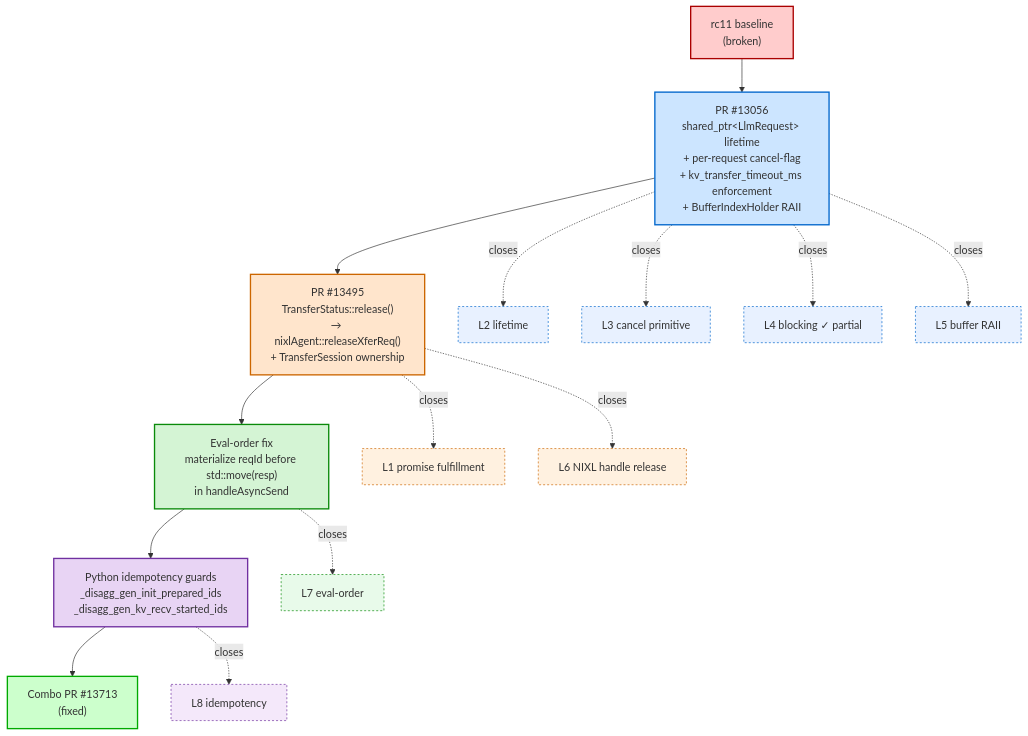
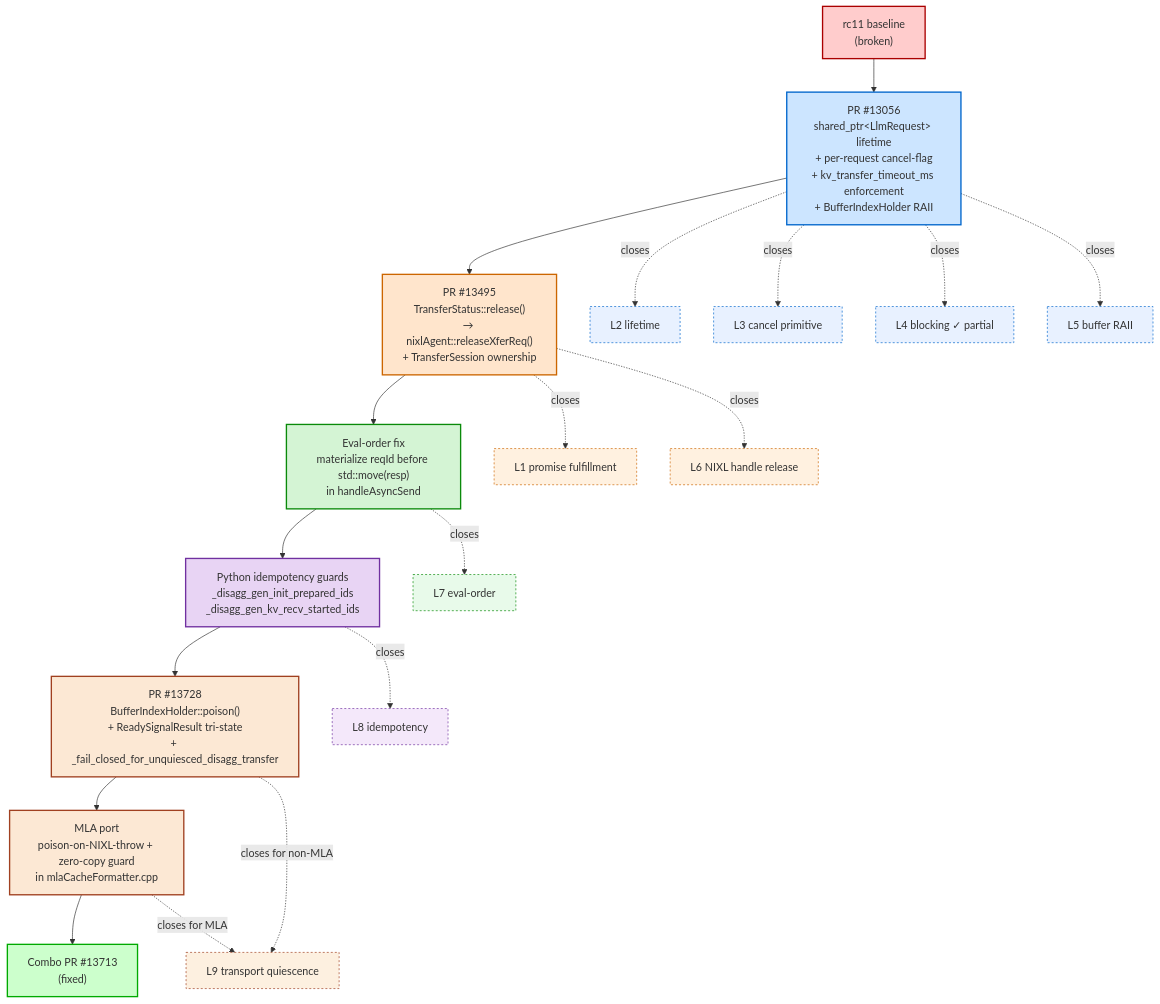
One commit to chienchunhung/TensorRT-LLM changed the second of 3 diagrams in docs/investigations/nvbug-6104831-disagg-permanent-wedge/00-tldr.md. Above: the diagram before and after it, drawn with Mermaid. The commit also changed other lines of this file and 5 other files, not shown here.

First line of the commit message:
[https://nvbugs/6104831][docs] Record PR #13728 fold-in, MLA port, and L9 invariant

````diff
--- a/docs/investigations/nvbug-6104831-disagg-permanent-wedge/00-tldr.md
+++ b/docs/investigations/nvbug-6104831-disagg-permanent-wedge/00-tldr.md
@@ -124,42 +134,52 @@
 ```mermaid
 graph TB
     rc11["rc11 baseline<br/>(broken)"]
 
     pr13056["PR #13056<br/>shared_ptr&lt;LlmRequest&gt; lifetime<br/>+ per-request cancel-flag<br/>+ kv_transfer_timeout_ms enforcement<br/>+ BufferIndexHolder RAII"]
     pr13495["PR #13495<br/>TransferStatus::release()<br/>→ nixlAgent::releaseXferReq()<br/>+ TransferSession ownership"]
     evalfix["Eval-order fix<br/>materialize reqId before std::move(resp)<br/>in handleAsyncSend"]
     pyguards["Python idempotency guards<br/>_disagg_gen_init_prepared_ids<br/>_disagg_gen_kv_recv_started_ids"]
+    pr13728["PR #13728<br/>BufferIndexHolder::poison()<br/>+ ReadySignalResult tri-state<br/>+ _fail_closed_for_unquiesced_disagg_transfer"]
+    mlaport["MLA port<br/>poison-on-NIXL-throw + zero-copy guard<br/>in mlaCacheFormatter.cpp"]
 
-    rc11 --> pr13056 --> pr13495 --> evalfix --> pyguards --> done["Combo PR #13713<br/>(fixed)"]
+    rc11 --> pr13056 --> pr13495 --> evalfix --> pyguards --> pr13728 --> mlaport --> done["Combo PR #13713<br/>(fixed)"]
 
     pr13056 -.->|closes| L2[L2 lifetime]
     pr13056 -.->|closes| L3[L3 cancel primitive]
     pr13056 -.->|closes| L4[L4 blocking ✓ partial]
     pr13056 -.->|closes| L5[L5 buffer RAII]
     pr13495 -.->|closes| L1[L1 promise fulfillment]
     pr13495 -.->|closes| L6[L6 NIXL handle release]
     evalfix -.->|closes| L7[L7 eval-order]
     pyguards -.->|closes| L8[L8 idempotency]
+    pr13728 -.->|closes for non-MLA| L9[L9 transport quiescence]
+    mlaport -.->|closes for MLA| L9
 
     classDef done fill:#cfc,stroke:#0a0,stroke-width:2px
     classDef broken fill:#fcc,stroke:#a00,stroke-width:2px
     classDef pr13056_color fill:#cce5ff,stroke:#0066cc,stroke-width:2px
     classDef pr13495_color fill:#ffe5cc,stroke:#cc6600,stroke-width:2px
     classDef evalfix_color fill:#d4f4d4,stroke:#0a8a0a,stroke-width:2px
     classDef pyguards_color fill:#e8d4f4,stroke:#7030a0,stroke-width:2px
+    classDef pr13728_color fill:#fce8d4,stroke:#a04020,stroke-width:2px
+    classDef mlaport_color fill:#fce8d4,stroke:#a04020,stroke-width:2px
     classDef pr13056_layer fill:#e8f1ff,stroke:#0066cc,stroke-dasharray:3 3
     classDef pr13495_layer fill:#fff1e0,stroke:#cc6600,stroke-dasharray:3 3
     classDef evalfix_layer fill:#e8faea,stroke:#0a8a0a,stroke-dasharray:3 3
     classDef pyguards_layer fill:#f4e8fa,stroke:#7030a0,stroke-dasharray:3 3
+    classDef pr13728_layer fill:#fdf0e0,stroke:#a04020,stroke-dasharray:3 3
 
     class done done
     class rc11 broken
     class pr13056 pr13056_color
     class pr13495 pr13495_color
     class evalfix evalfix_color
     class pyguards pyguards_color
+    class pr13728 pr13728_color
+    class mlaport mlaport_color
     class L2,L3,L4,L5 pr13056_layer
     class L1,L6 pr13495_layer
     class L7 evalfix_layer
     class L8 pyguards_layer
+    class L9 pr13728_layer
 ```
````
